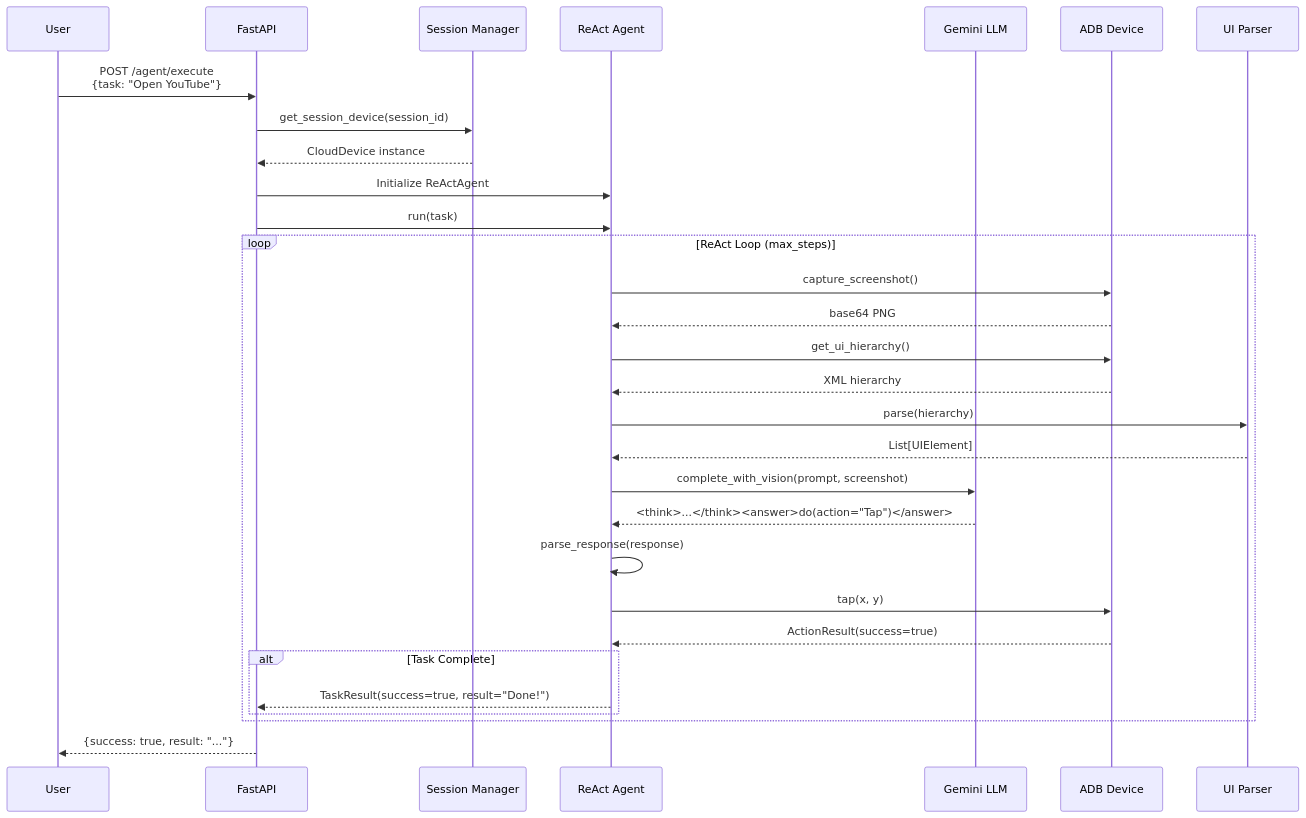
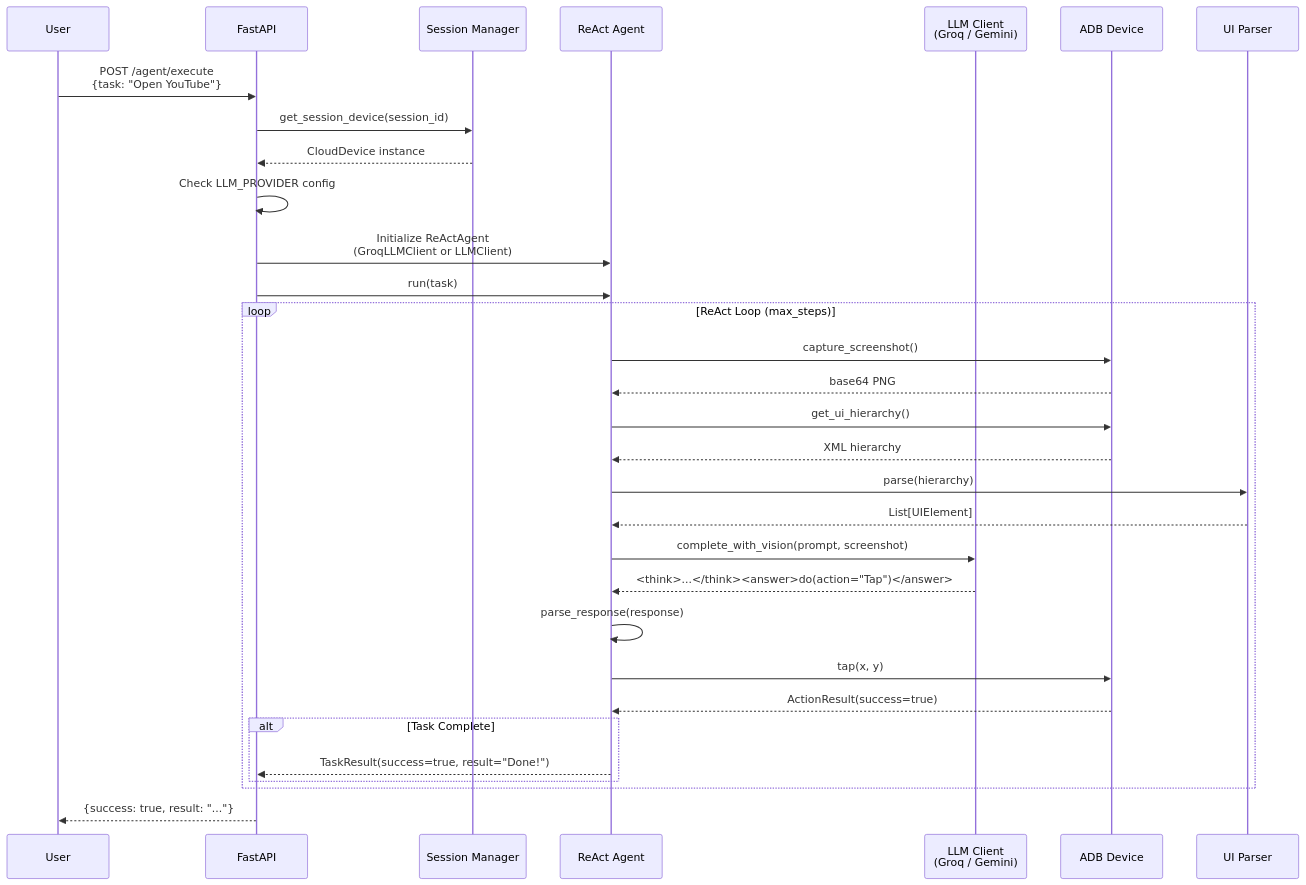
Before and after one commit to varunaditya27/android-ai-agent: the fourth of 9 diagrams in ARCHITECTURE.md, drawn with Mermaid. The commit also changed other lines of this file and 1 other file, not shown here.

Commit message:
Update README and ARCHITECTURE files

````diff
--- a/ARCHITECTURE.md
+++ b/ARCHITECTURE.md
@@ -466,41 +545,42 @@
 ```mermaid
 sequenceDiagram
     participant User
     participant API as FastAPI
     participant Session as Session Manager
     participant Agent as ReAct Agent
-    participant LLM as Gemini LLM
+    participant LLM as LLM Client<br/>(Groq / Gemini)
     participant Device as ADB Device
     participant Parser as UI Parser
 
     User->>API: POST /agent/execute<br/>{task: "Open YouTube"}
     API->>Session: get_session_device(session_id)
     Session-->>API: CloudDevice instance
 
-    API->>Agent: Initialize ReActAgent
+    API->>API: Check LLM_PROVIDER config
+    API->>Agent: Initialize ReActAgent<br/>(GroqLLMClient or LLMClient)
     API->>Agent: run(task)
 
     loop ReAct Loop (max_steps)
         Agent->>Device: capture_screenshot()
         Device-->>Agent: base64 PNG
 
         Agent->>Device: get_ui_hierarchy()
         Device-->>Agent: XML hierarchy
 
         Agent->>Parser: parse(hierarchy)
         Parser-->>Agent: List[UIElement]
 
         Agent->>LLM: complete_with_vision(prompt, screenshot)
         LLM-->>Agent: <think>...</think><answer>do(action="Tap")</answer>
 
         Agent->>Agent: parse_response(response)
         Agent->>Device: tap(x, y)
         Device-->>Agent: ActionResult(success=true)
 
         alt Task Complete
             Agent-->>API: TaskResult(success=true, result="Done!")
         end
     end
 
     API-->>User: {success: true, result: "..."}
 ```
````
